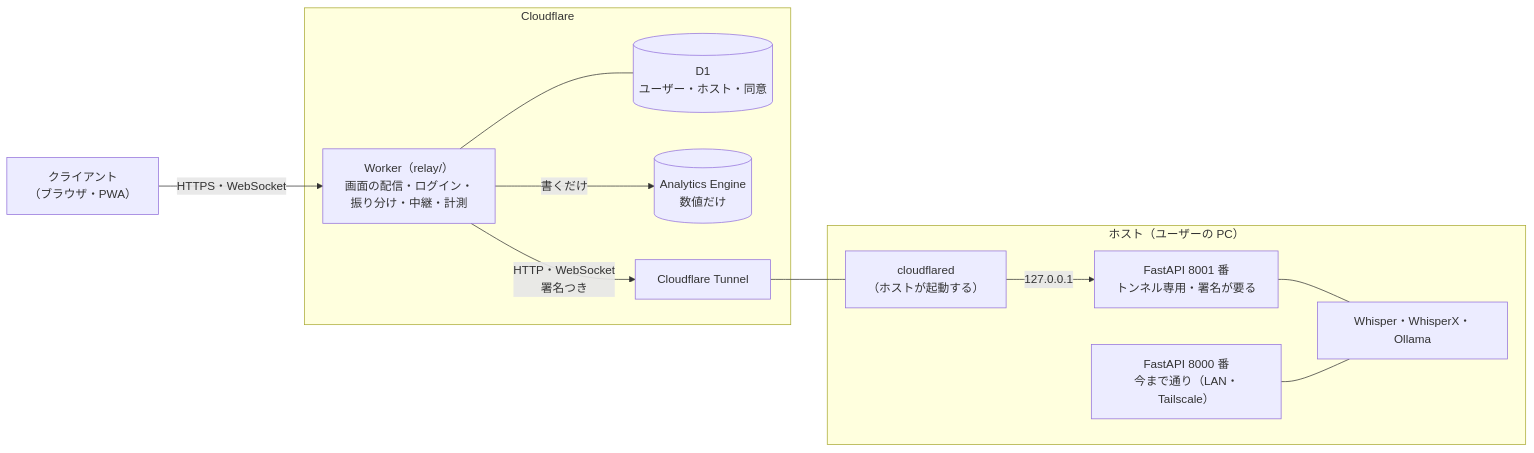
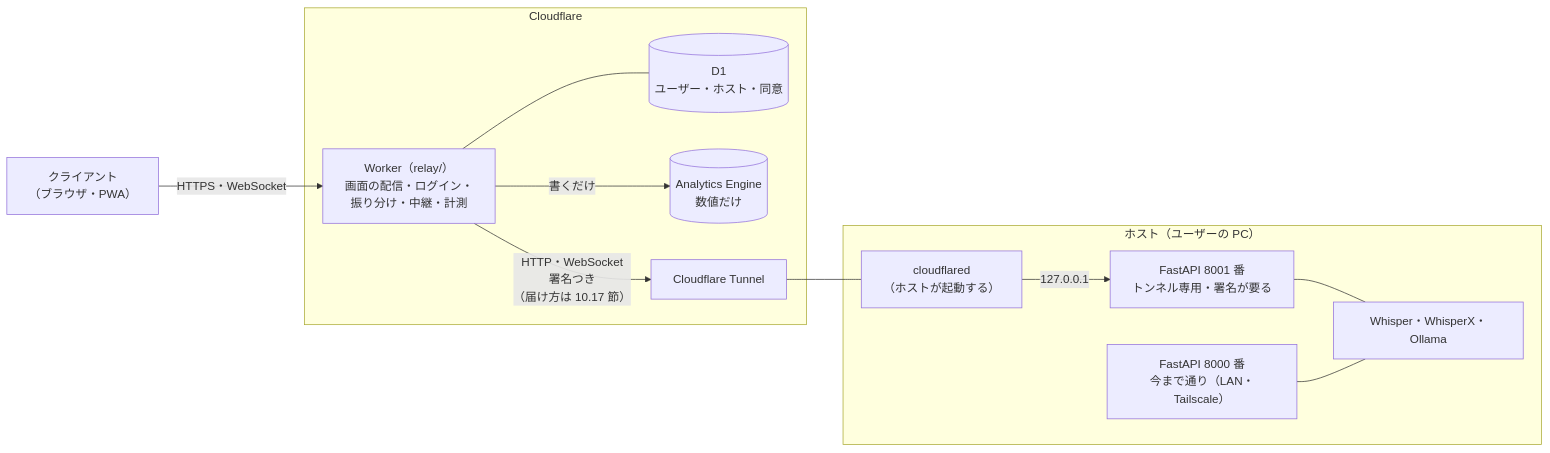
Before and after one commit to Studio-Takumi/remote-whisper: the first of 3 diagrams in docs/spec/cloud.md, drawn with Mermaid. The commit also changed other lines of this file and 1 other file, not shown here.

````diff
--- a/docs/spec/cloud.md
+++ b/docs/spec/cloud.md
@@ -33,24 +33,24 @@
 ```mermaid
 flowchart LR
     C["クライアント<br/>（ブラウザ・PWA）"]
     subgraph CF["Cloudflare"]
         W["Worker（relay/）<br/>画面の配信・ログイン・<br/>振り分け・中継・計測"]
         D1[("D1<br/>ユーザー・ホスト・同意")]
         AE[("Analytics Engine<br/>数値だけ")]
         T["Cloudflare Tunnel"]
     end
     subgraph H["ホスト（ユーザーの PC）"]
         CD["cloudflared<br/>（ホストが起動する）"]
         F1["FastAPI 8001 番<br/>トンネル専用・署名が要る"]
         F0["FastAPI 8000 番<br/>今まで通り（LAN・Tailscale）"]
         G["Whisper・WhisperX・Ollama"]
     end
     C -->|HTTPS・WebSocket| W
     W --- D1
     W -->|書くだけ| AE
-    W -->|HTTP・WebSocket<br/>署名つき| T
+    W -->|HTTP・WebSocket<br/>署名つき<br/>（届け方は 10.17 節）| T
     T --- CD
     CD -->|127.0.0.1| F1
     F1 --- G
     F0 --- G
 ```
````
